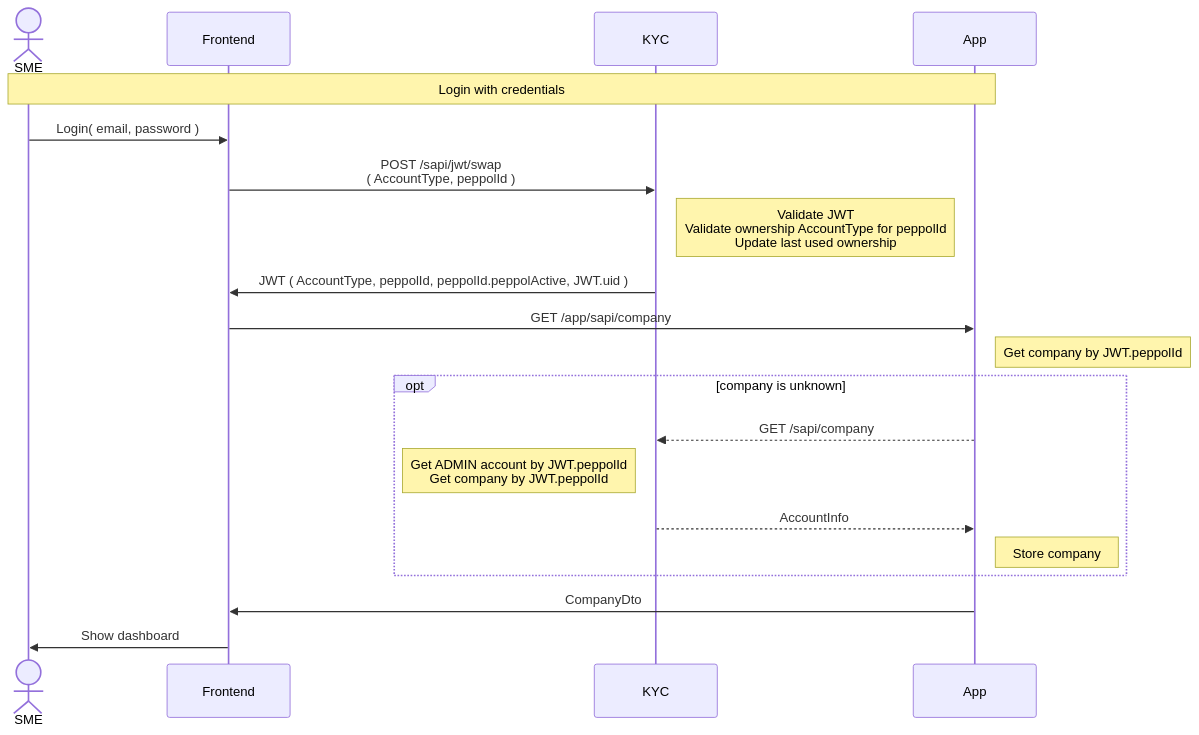
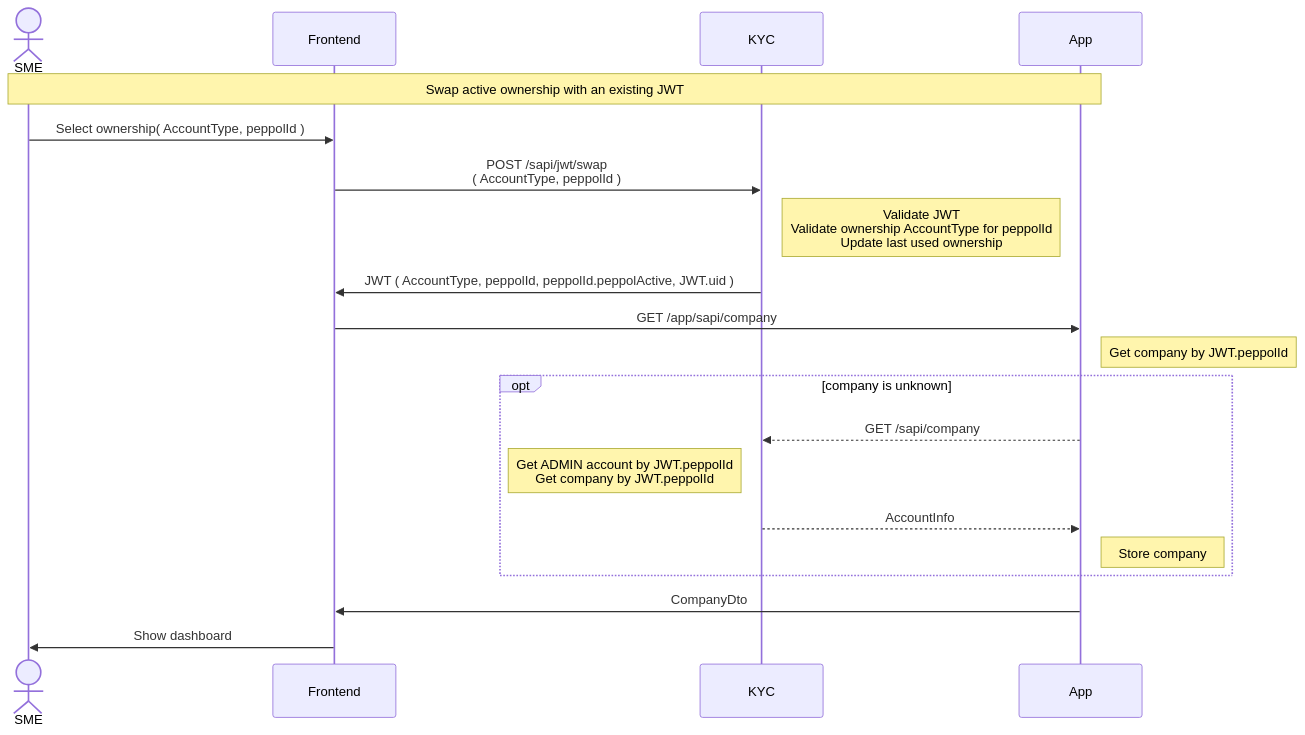
One commit to letspeppol/letspeppol changed the diagram in readme/swap.md. Above: the diagram before and after it, drawn with Mermaid. The commit also changed 8 other files, not shown here.

Commit message:
Documentation registration flows

````diff
--- a/readme/swap.md
+++ b/readme/swap.md
@@ -3,26 +3,26 @@
 ```mermaid
 sequenceDiagram
     actor SME as SME
     participant Frontend as Frontend
     participant KYC as KYC
     participant App as App
     %%participant PeppolDirectory as PeppolDirectory
     %%participant Proxy as Proxy
     %%participant Peppol as Peppol
 
-Note over SME, App: Login with credentials
-    SME ->> Frontend: Login( email, password )
+Note over SME, App: Swap active ownership with an existing JWT
+    SME ->> Frontend: Select ownership( AccountType, peppolId )
     Frontend ->> KYC: POST /sapi/jwt/swap <br> ( AccountType, peppolId )
     Note right of KYC: Validate JWT <br> Validate ownership AccountType for peppolId <br> Update last used ownership
     KYC ->> Frontend: JWT ( AccountType, peppolId, peppolId.peppolActive, JWT.uid )
     Frontend ->> App: GET /app/sapi/company
     Note right of App: Get company by JWT.peppolId
     opt company is unknown
         App -->> KYC: GET /sapi/company
         Note left of KYC: Get ADMIN account by JWT.peppolId <br> Get company by JWT.peppolId 
         KYC -->> App: AccountInfo
         Note right of App: Store company
     end
     App ->> Frontend: CompanyDto
     Frontend ->> SME: Show dashboard
 ```
````
